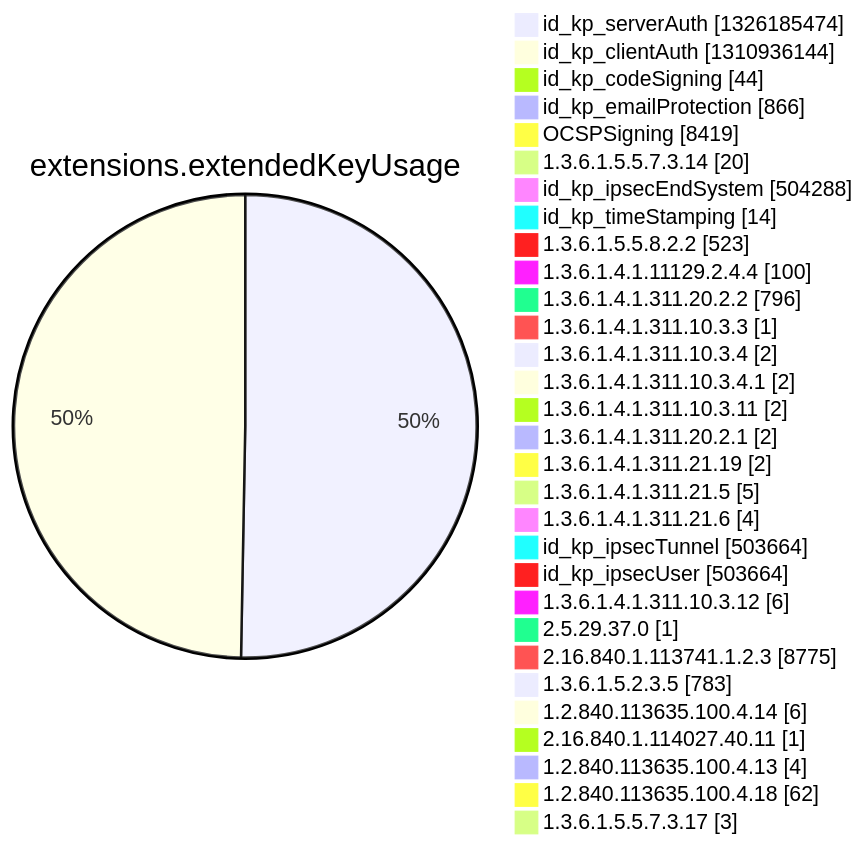
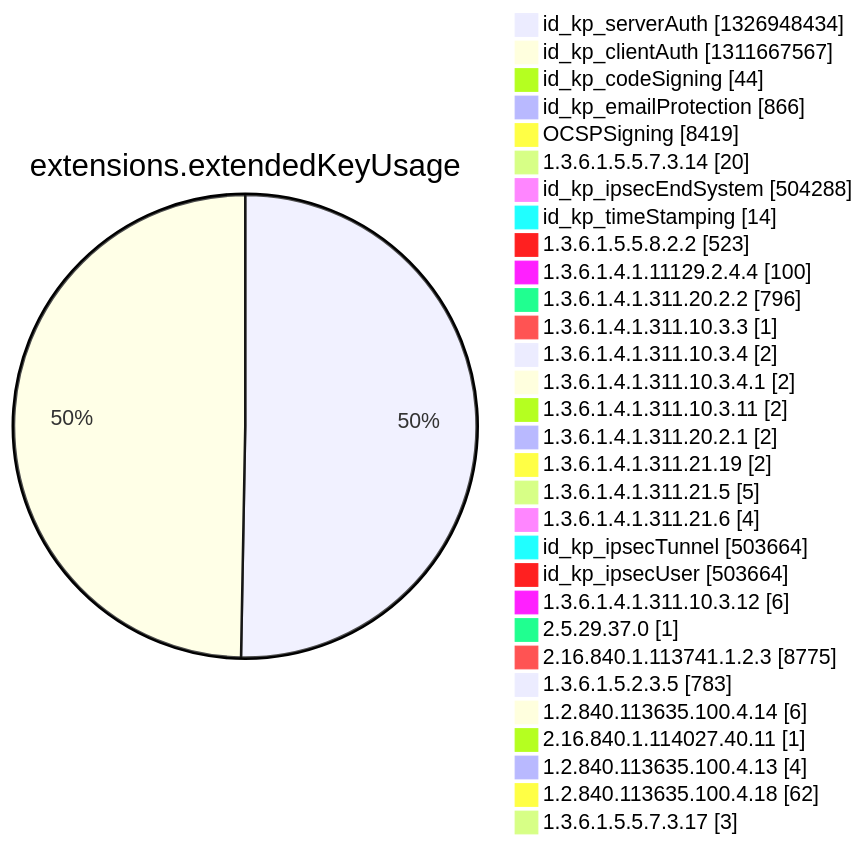
Diagram 12 of 15 in argon2022/README.md (christiankrug/ctmonitor_visualization), drawn with Mermaid before and after one commit. The commit also changed other lines of this file, not shown here.

````diff
--- a/argon2022/README.md
+++ b/argon2022/README.md
@@ -3553,34 +3553,34 @@
 ```mermaid
 pie showData
 title extensions.extendedKeyUsage
-"id_kp_serverAuth" :1326185474
-"id_kp_clientAuth" :1310936144
+"id_kp_serverAuth" :1326948434
+"id_kp_clientAuth" :1311667567
 "id_kp_codeSigning" :44
 "id_kp_emailProtection" :866
 "OCSPSigning" :8419
 "1.3.6.1.5.5.7.3.14" :20
 "id_kp_ipsecEndSystem" :504288
 "id_kp_timeStamping" :14
 "1.3.6.1.5.5.8.2.2" :523
 "1.3.6.1.4.1.11129.2.4.4" :100
 "1.3.6.1.4.1.311.20.2.2" :796
 "1.3.6.1.4.1.311.10.3.3" :1
 "1.3.6.1.4.1.311.10.3.4" :2
 "1.3.6.1.4.1.311.10.3.4.1" :2
 "1.3.6.1.4.1.311.10.3.11" :2
 "1.3.6.1.4.1.311.20.2.1" :2
 "1.3.6.1.4.1.311.21.19" :2
 "1.3.6.1.4.1.311.21.5" :5
 "1.3.6.1.4.1.311.21.6" :4
 "id_kp_ipsecTunnel" :503664
 "id_kp_ipsecUser" :503664
 "1.3.6.1.4.1.311.10.3.12" :6
 "2.5.29.37.0" :1
 "2.16.840.1.113741.1.2.3" :8775
 "1.3.6.1.5.2.3.5" :783
 "1.2.840.113635.100.4.14" :6
 "2.16.840.1.114027.40.11" :1
 "1.2.840.113635.100.4.13" :4
 "1.2.840.113635.100.4.18" :62
 "1.3.6.1.5.5.7.3.17" :3
 ```
````
